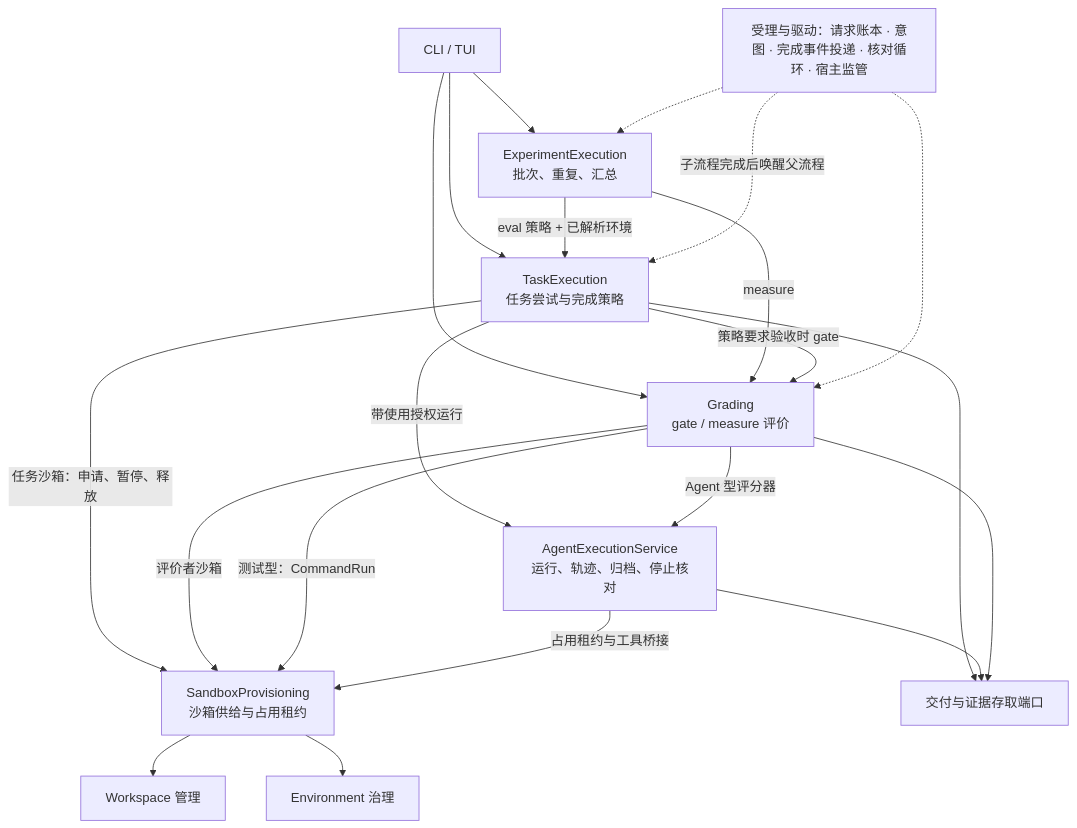
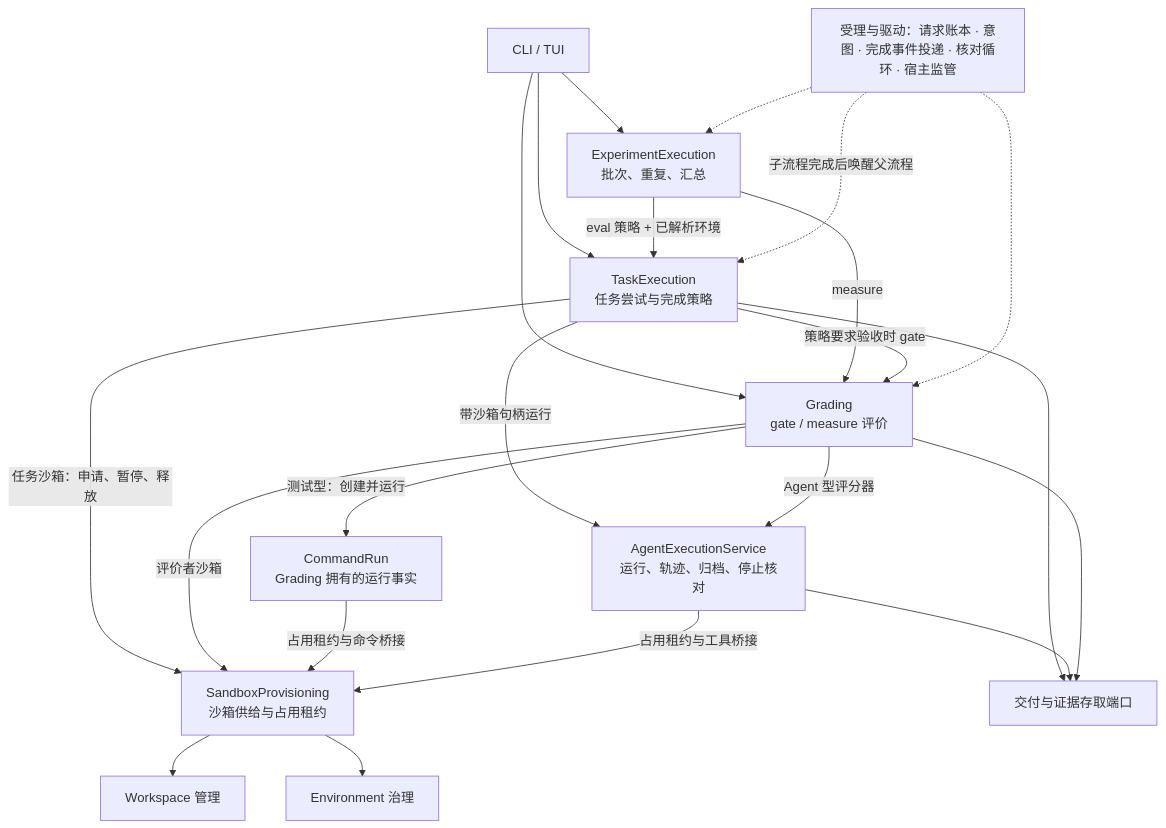
One commit to MaybeLL/Ground changed the diagram in docs/assets/r1-app-modules.mmd. Above: the diagram before and after it, drawn with Mermaid. The commit also changed 11 other files, not shown here.

```diff
--- a/docs/assets/r1-app-modules.mmd
+++ b/docs/assets/r1-app-modules.mmd
@@ -1,21 +1,22 @@
 flowchart TB
   CLI[CLI / TUI] --> TE[TaskExecution<br/>任务尝试与完成策略]
   CLI --> GR[Grading<br/>gate / measure 评价]
   CLI --> EE[ExperimentExecution<br/>批次、重复、汇总]
   EE -->|eval 策略 + 已解析环境| TE
   EE -->|measure| GR
   TE -->|策略要求验收时 gate| GR
   TE -->|任务沙箱：申请、暂停、释放| SB[SandboxProvisioning<br/>沙箱供给与占用租约]
   GR -->|评价者沙箱| SB
-  TE -->|带使用授权运行| AE[AgentExecutionService<br/>运行、轨迹、归档、停止核对]
+  TE -->|带沙箱句柄运行| AE[AgentExecutionService<br/>运行、轨迹、归档、停止核对]
   GR -->|Agent 型评分器| AE
-  GR -->|测试型：CommandRun| SB
+  GR -->|测试型：创建并运行| CR[CommandRun<br/>Grading 拥有的运行事实]
+  CR -->|占用租约与命令桥接| SB
   AE -->|占用租约与工具桥接| SB
   SB --> W[Workspace 管理]
   SB --> R[Environment 治理]
   TE --> ST[交付与证据存取端口]
   AE --> ST
   GR --> ST
   DRV[受理与驱动：请求账本 · 意图 · 完成事件投递 · 核对循环 · 宿主监管] -.->|子流程完成后唤醒父流程| TE
   DRV -.-> EE
   DRV -.-> GR
```
